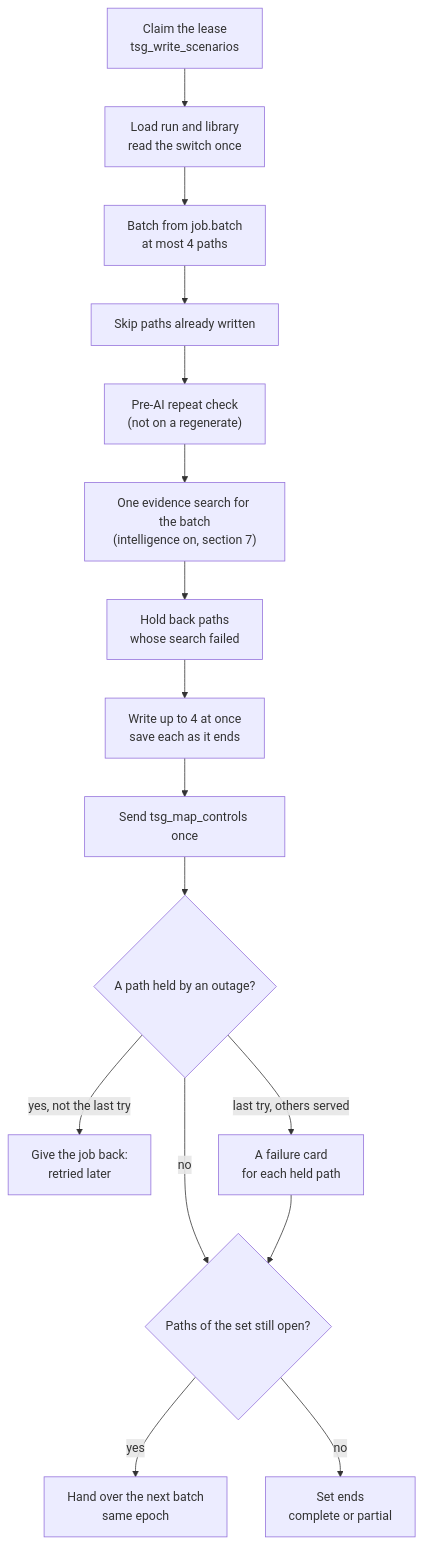
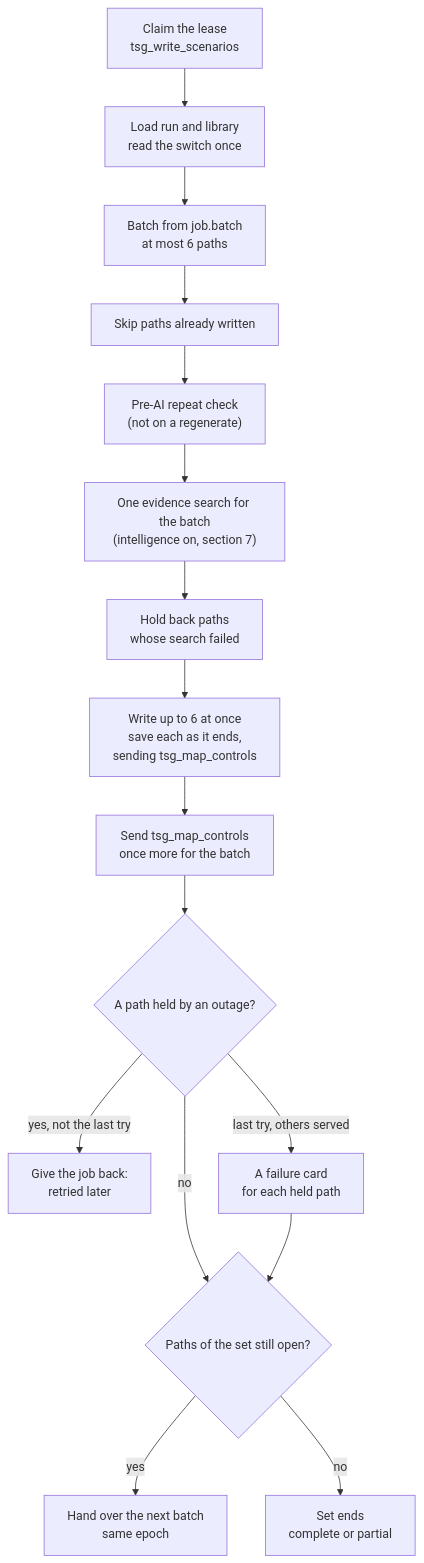
The sixth of 13 diagrams in docs/TSG_END_TO_END_FLOW.md (gopalchettri/cii), drawn with Mermaid before and after one commit. The commit also changed other lines of this file and 103 other files, not shown here.

````diff
--- a/docs/TSG_END_TO_END_FLOW.md
+++ b/docs/TSG_END_TO_END_FLOW.md
@@ -1513,18 +1527,18 @@
 ```mermaid
 flowchart TB
     A["Claim the lease<br/>tsg_write_scenarios"] --> B["Load run and library<br/>read the switch once"]
-    B --> C["Batch from job.batch<br/>at most 4 paths"]
+    B --> C["Batch from job.batch<br/>at most 6 paths"]
     C --> D["Skip paths already written"]
     D --> E["Pre-AI repeat check<br/>(not on a regenerate)"]
     E --> F["One evidence search for the batch<br/>(intelligence on, section 7)"]
     F --> G["Hold back paths<br/>whose search failed"]
-    G --> H["Write up to 4 at once<br/>save each as it ends"]
-    H --> I["Send tsg_map_controls once"]
+    G --> H["Write up to 6 at once<br/>save each as it ends,<br/>sending tsg_map_controls"]
+    H --> I["Send tsg_map_controls<br/>once more for the batch"]
     I --> J{"A path held by an outage?"}
     J -- "yes, not the last try" --> R["Give the job back:<br/>retried later"]
     J -- "last try, others served" --> FC["A failure card<br/>for each held path"]
     J -- "no" --> N{"Paths of the set still open?"}
     FC --> N
     N -- "yes" --> HO["Hand over the next batch<br/>same epoch"]
     N -- "no" --> SE["Set ends<br/>complete or partial"]
 ```
````
